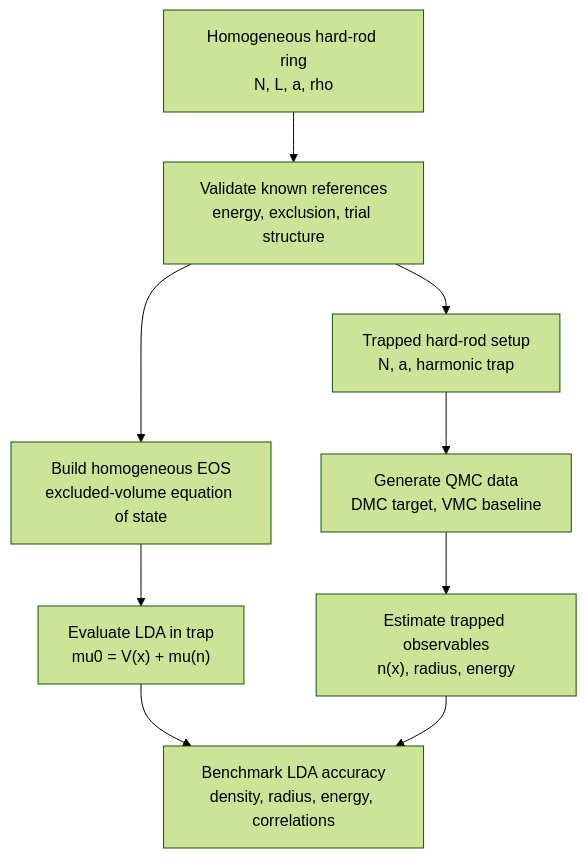
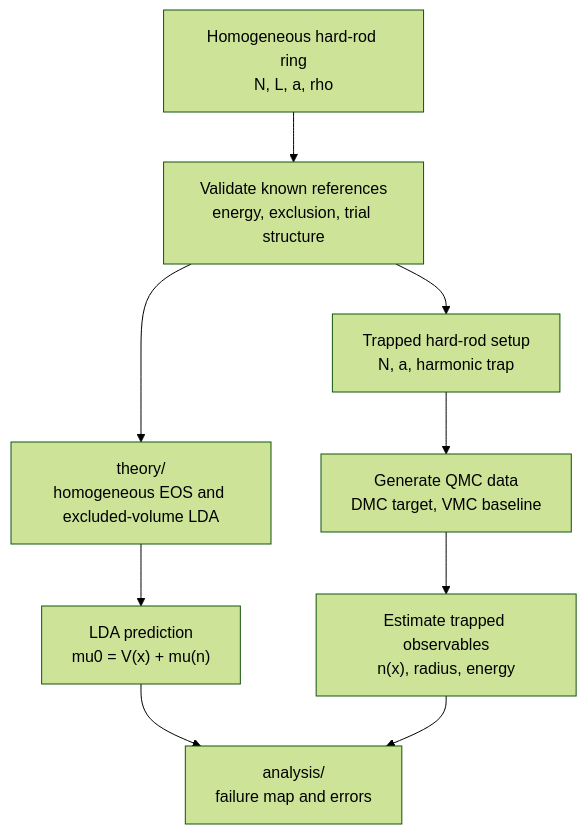
One commit to upcbatu/hardrod-qmc changed the diagram in docs/02_HIGH_LEVEL_WORKFLOW.md. Above: the diagram before and after it, drawn with Mermaid (forest theme). The commit also changed other lines of this file and 32 other files, not shown here.

First line of the commit message:
refactor(architecture): move EOS and LDA into theory

````diff
--- a/docs/02_HIGH_LEVEL_WORKFLOW.md
+++ b/docs/02_HIGH_LEVEL_WORKFLOW.md
@@ -13,11 +13,11 @@
 ```mermaid
 flowchart TD
     A["Homogeneous hard-rod ring<br/>N, L, a, rho"] --> B["Validate known references<br/>energy, exclusion, trial structure"]
     B --> C["Trapped hard-rod setup<br/>N, a, harmonic trap"]
     C --> D["Generate QMC data<br/>DMC target, VMC baseline"]
     D --> E["Estimate trapped observables<br/>n(x), radius, energy"]
-    B --> F["Build homogeneous EOS<br/>excluded-volume equation of state"]
-    F --> G["Evaluate LDA in trap<br/>mu0 = V(x) + mu(n)"]
-    G --> H["Benchmark LDA accuracy<br/>density, radius, energy, correlations"]
+    B --> F["theory/<br/>homogeneous EOS and excluded-volume LDA"]
+    F --> G["LDA prediction<br/>mu0 = V(x) + mu(n)"]
+    G --> H["analysis/<br/>failure map and errors"]
     E --> H
 ```
````
